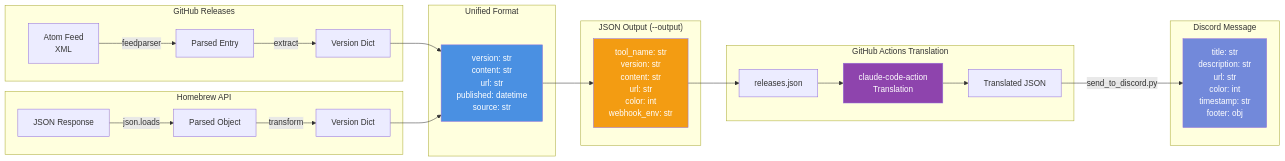
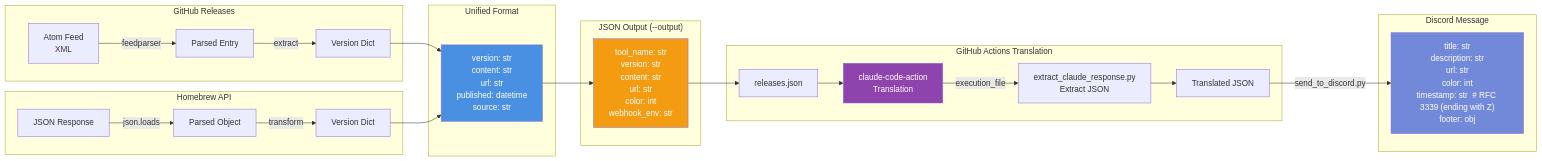
One commit to rysk-tanaka/devtools-release-notifier changed the second of 3 diagrams in docs/data-flow.md. Above: the diagram before and after it, drawn with Mermaid. The commit also changed 4 other files, not shown here.

````diff
--- a/docs/data-flow.md
+++ b/docs/data-flow.md
@@ -74,69 +74,71 @@
 ```mermaid
 flowchart LR
     subgraph "GitHub Releases"
         GHR_RAW[Atom Feed<br/>XML]
         GHR_PARSED[Parsed Entry]
         GHR_DICT[Version Dict]
 
         GHR_RAW --> |feedparser| GHR_PARSED
         GHR_PARSED --> |extract| GHR_DICT
     end
 
     subgraph "Homebrew API"
         HB_RAW[JSON Response]
         HB_PARSED[Parsed Object]
         HB_DICT[Version Dict]
 
         HB_RAW --> |json.loads| HB_PARSED
         HB_PARSED --> |transform| HB_DICT
     end
 
     subgraph "Unified Format"
         UNIFIED["version: str
 content: str
 url: str
 published: datetime
 source: str"]
     end
 
     GHR_DICT --> UNIFIED
     HB_DICT --> UNIFIED
 
     subgraph "JSON Output (--output)"
         JSON_OUTPUT["tool_name: str
 version: str
 content: str
 url: str
 color: int
 webhook_env: str"]
     end
 
     UNIFIED --> JSON_OUTPUT
 
     subgraph "GitHub Actions Translation"
         TRANS_IN[releases.json]
         CLAUDE_TRANS[claude-code-action<br/>Translation]
+        EXTRACT[extract_claude_response.py<br/>Extract JSON]
         TRANS_OUT[Translated JSON]
 
         TRANS_IN --> CLAUDE_TRANS
-        CLAUDE_TRANS --> TRANS_OUT
+        CLAUDE_TRANS --> |execution_file| EXTRACT
+        EXTRACT --> TRANS_OUT
     end
 
     JSON_OUTPUT --> TRANS_IN
 
     subgraph "Discord Message"
         DISCORD_EMBED["title: str
 description: str
 url: str
 color: int
-timestamp: str
+timestamp: str  # RFC 3339 (ending with Z)
 footer: obj"]
     end
 
     TRANS_OUT --> |send_to_discord.py| DISCORD_EMBED
 
     style UNIFIED fill:#4a90e2,color:#fff
     style JSON_OUTPUT fill:#f39c12,color:#fff
     style CLAUDE_TRANS fill:#8e44ad,color:#fff
     style DISCORD_EMBED fill:#7289da,color:#fff
 ```
````
